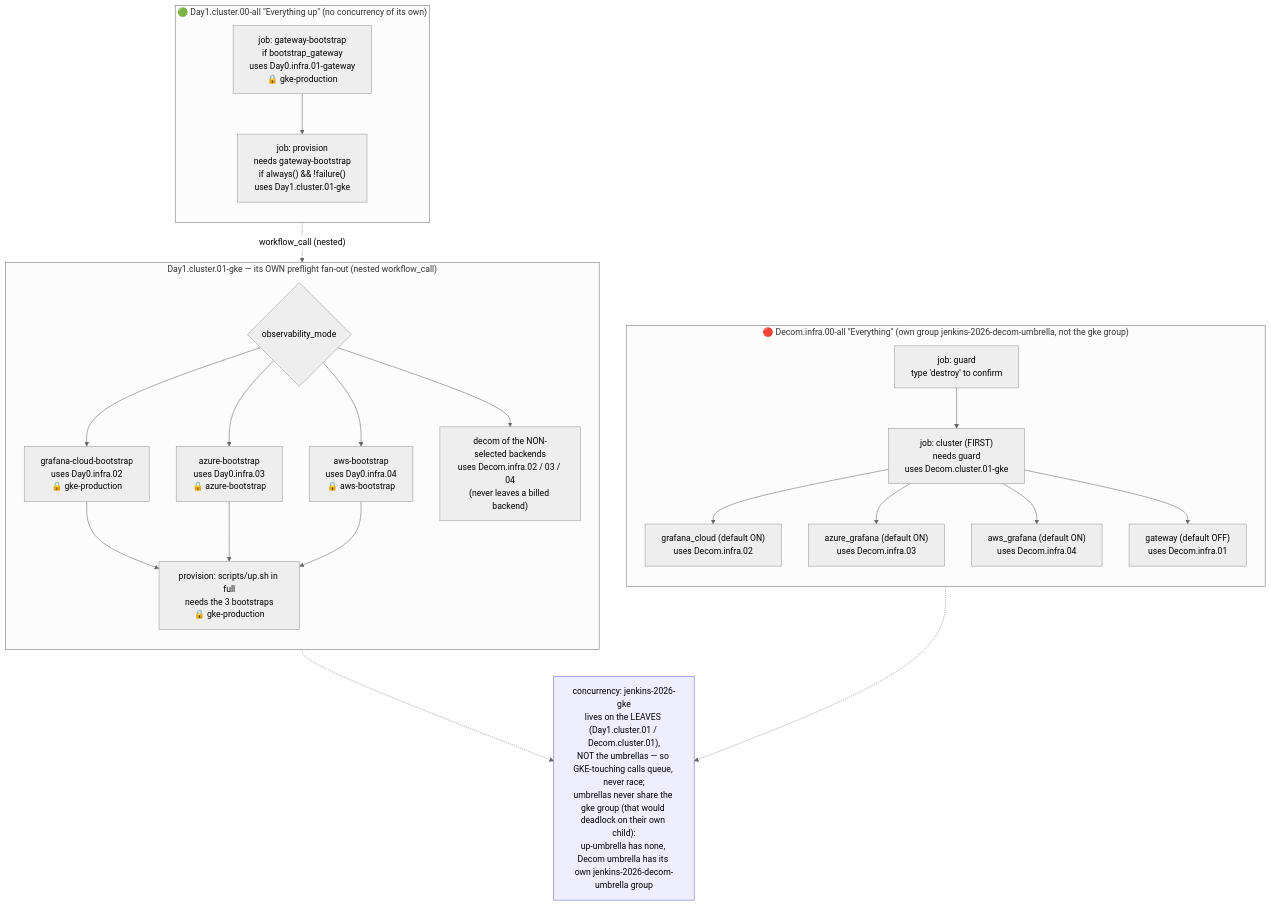
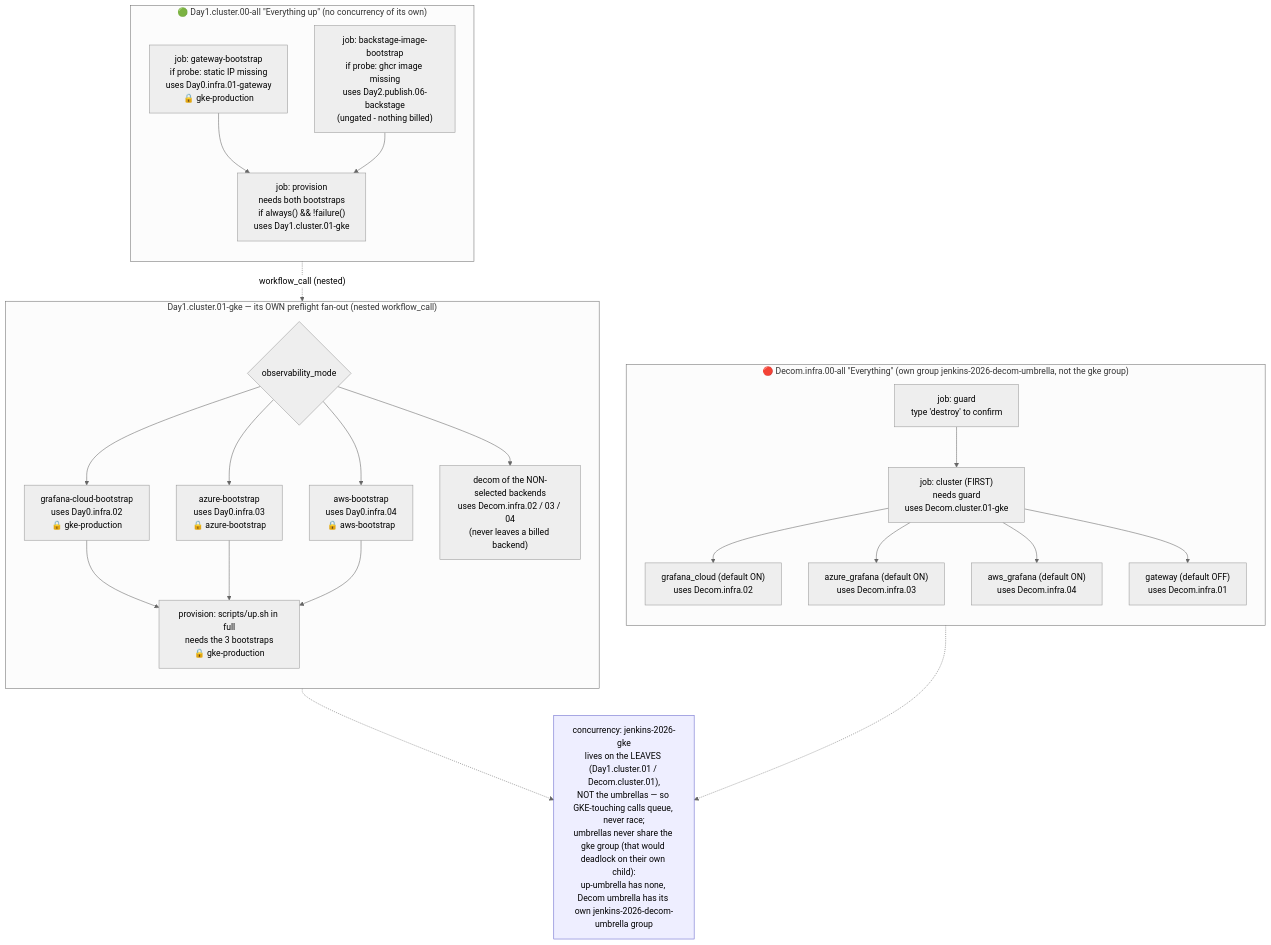
One commit to nubenetes/jenkins-2026 changed the second of 10 diagrams in docs/101-GITHUB_ACTIONS_WORKFLOWS.md. Above: the diagram before and after it, drawn with Mermaid (neutral theme). The commit also changed other lines of this file and 130 other files, not shown here.

````diff
--- a/docs/101-GITHUB_ACTIONS_WORKFLOWS.md
+++ b/docs/101-GITHUB_ACTIONS_WORKFLOWS.md
@@ -175,45 +177,47 @@
 ```mermaid
 flowchart TD
     subgraph UP["🟢 Day1.cluster.00-all &quot;Everything up&quot; (no concurrency of its own)"]
         direction TB
-        u_gw["job: gateway-bootstrap<br/>if bootstrap_gateway<br/>uses Day0.infra.01-gateway<br/>🔒 gke-production"]
-        u_prov["job: provision<br/>needs gateway-bootstrap<br/>if always() &amp;&amp; !failure()<br/>uses Day1.cluster.01-gke"]
+        u_gw["job: gateway-bootstrap<br/>if probe: static IP missing<br/>uses Day0.infra.01-gateway<br/>🔒 gke-production"]
+        u_img["job: backstage-image-bootstrap<br/>if probe: ghcr image missing<br/>uses Day2.publish.06-backstage<br/>(ungated - nothing billed)"]
+        u_prov["job: provision<br/>needs both bootstraps<br/>if always() &amp;&amp; !failure()<br/>uses Day1.cluster.01-gke"]
         u_gw --> u_prov
+        u_img --> u_prov
     end
 
     subgraph NEST["Day1.cluster.01-gke — its OWN preflight fan-out (nested workflow_call)"]
         direction TB
         n_pick{"observability_mode"}
         n_gc["grafana-cloud-bootstrap<br/>uses Day0.infra.02<br/>🔒 gke-production"]
         n_az["azure-bootstrap<br/>uses Day0.infra.03<br/>🔒 azure-bootstrap"]
         n_aws["aws-bootstrap<br/>uses Day0.infra.04<br/>🔒 aws-bootstrap"]
         n_dc["decom of the NON-selected backends<br/>uses Decom.infra.02 / 03 / 04<br/>(never leaves a billed backend)"]
         n_prov["provision: scripts/up.sh in full<br/>needs the 3 bootstraps<br/>🔒 gke-production"]
         n_pick --> n_gc --> n_prov
         n_pick --> n_az --> n_prov
         n_pick --> n_aws --> n_prov
         n_pick --> n_dc
     end
     u_prov -. "workflow_call (nested)" .-> NEST
 
     subgraph DOWN["🔴 Decom.infra.00-all &quot;Everything&quot; (own group jenkins-2026-decom-umbrella, not the gke group)"]
         direction TB
         d_guard["job: guard<br/>type 'destroy' to confirm"]
         d_cl["job: cluster (FIRST)<br/>needs guard<br/>uses Decom.cluster.01-gke"]
         d_gc["grafana_cloud (default ON)<br/>uses Decom.infra.02"]
         d_az["azure_grafana (default ON)<br/>uses Decom.infra.03"]
         d_aws["aws_grafana (default ON)<br/>uses Decom.infra.04"]
         d_gwy["gateway (default OFF)<br/>uses Decom.infra.01"]
         d_guard --> d_cl
         d_cl --> d_gc
         d_cl --> d_az
         d_cl --> d_aws
         d_cl --> d_gwy
     end
 
     serial["concurrency: jenkins-2026-gke<br/>lives on the LEAVES (Day1.cluster.01 / Decom.cluster.01),<br/>NOT the umbrellas — so GKE-touching calls queue, never race;<br/>umbrellas never share the gke group (that would deadlock on their own child):<br/>up-umbrella has none, Decom umbrella has its own jenkins-2026-decom-umbrella group"]:::note
     NEST -.-> serial
     d_cl -.-> serial
 
     classDef note fill:#eef,stroke:#66c;
 ```
````
